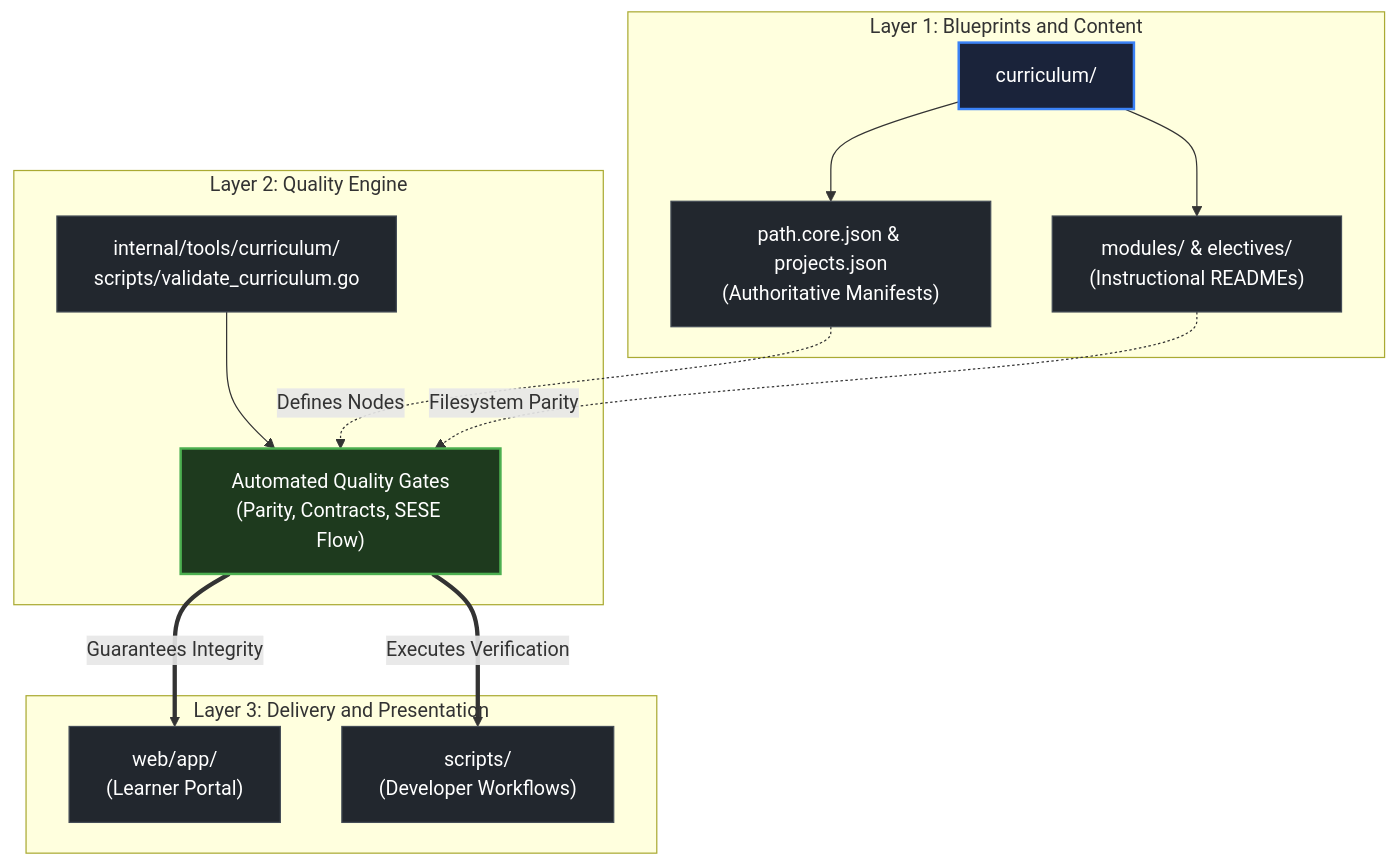
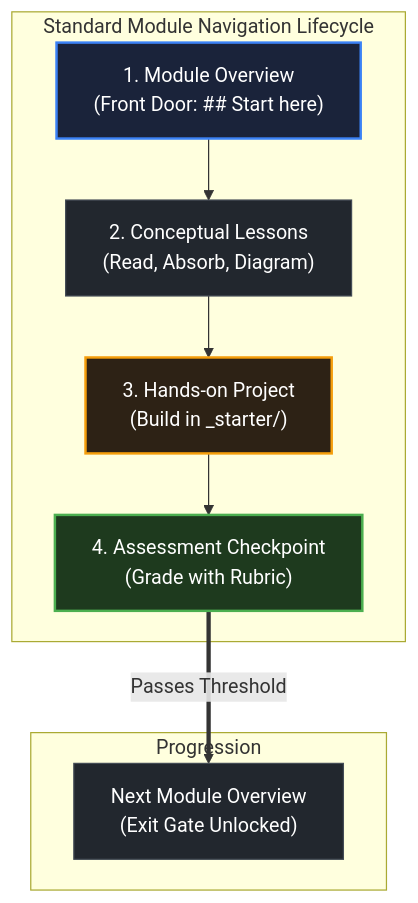
One commit to swe-labs/the-go-engineer changed the diagram in curriculum/modules/00-orientation/lessons/01-how-to-use-this-repository/README.md. Above: the diagram before and after it, drawn with Mermaid. The commit also changed other lines of this file and 10 other files, not shown here.

Commit message:
[ARCH] strictly isolate maintainer tooling from learner-facing curriculum

````diff
--- a/curriculum/modules/00-orientation/lessons/01-how-to-use-this-repository/README.md
+++ b/curriculum/modules/00-orientation/lessons/01-how-to-use-this-repository/README.md
@@ -33,31 +37,21 @@
 ```mermaid
 flowchart TD
     classDef frontDoor fill:#1a233a,stroke:#3b82f6,stroke-width:2px,color:#ffffff;
     classDef exitGate fill:#1e3a1e,stroke:#4caf50,stroke-width:2px,color:#ffffff;
     classDef standardNode fill:#22272e,stroke:#444c56,stroke-width:1px,color:#ffffff;
     classDef capstoneNode fill:#2d2215,stroke:#f59e0b,stroke-width:2px,color:#ffffff;
 
-    subgraph Layer1 ["Layer 1: Blueprints and Content"]
-        C["curriculum/"]:::frontDoor
-        M["path.core.json & projects.json<br/>(Authoritative Manifests)"]:::standardNode
-        MOD["modules/ & electives/<br/>(Instructional READMEs)"]:::standardNode
-        C --> M
-        C --> MOD
+    subgraph ModuleFlow ["Standard Module Navigation Lifecycle"]
+        M["1. Module Overview<br/>(Front Door: ## Start here)"]:::frontDoor
+        L["2. Conceptual Lessons<br/>(Read, Absorb, Diagram)"]:::standardNode
+        P["3. Hands-on Project<br/>(Build in _starter/)"]:::capstoneNode
+        A["4. Assessment Checkpoint<br/>(Grade with Rubric)"]:::exitGate
+
+        M --> L --> P --> A
     end
 
-    subgraph Layer2 ["Layer 2: Quality Engine"]
-        T["internal/tools/curriculum/<br/>scripts/validate_curriculum.go"]:::standardNode
-        G["Automated Quality Gates<br/>(Parity, Contracts, SESE Flow)"]:::exitGate
-        T --> G
+    subgraph NextStep ["Progression"]
+        N["Next Module Overview<br/>(Exit Gate Unlocked)"]:::standardNode
+        A ==>|Passes Threshold| N
     end
-
-    subgraph Layer3 ["Layer 3: Delivery and Presentation"]
-        W["web/app/<br/>(Learner Portal)"]:::standardNode
-        S["scripts/<br/>(Developer Workflows)"]:::standardNode
-    end
-
-    M -.->|Defines Nodes| G
-    MOD -.->|Filesystem Parity| G
-    G ==>|Guarantees Integrity| W
-    G ==>|Executes Verification| S
 ```
````
